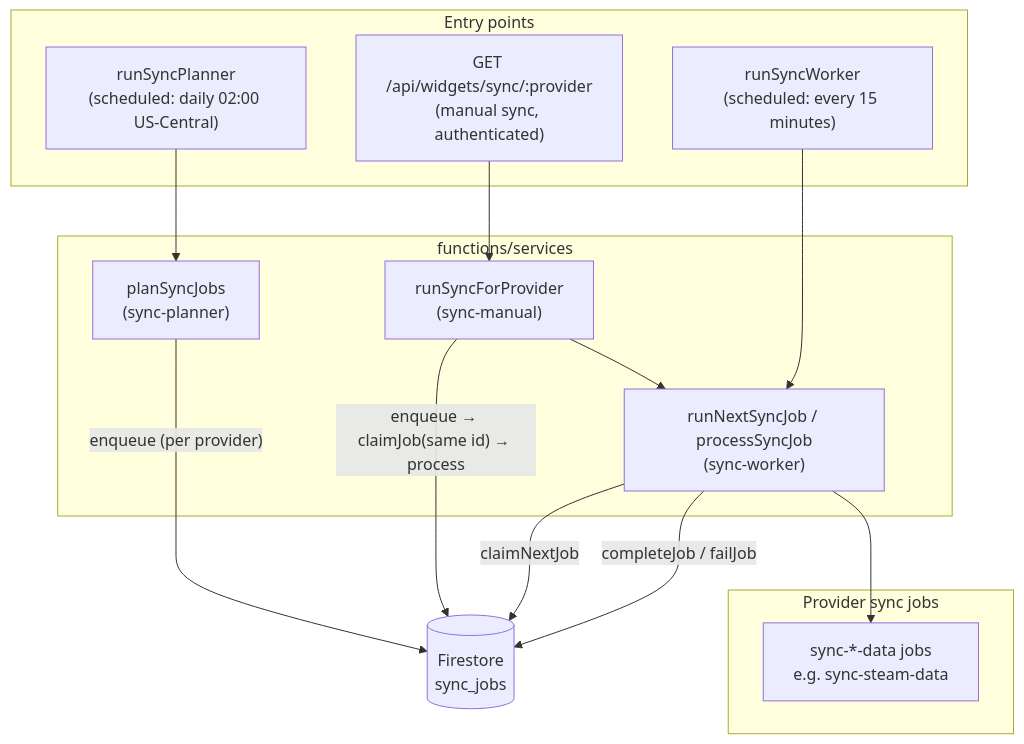
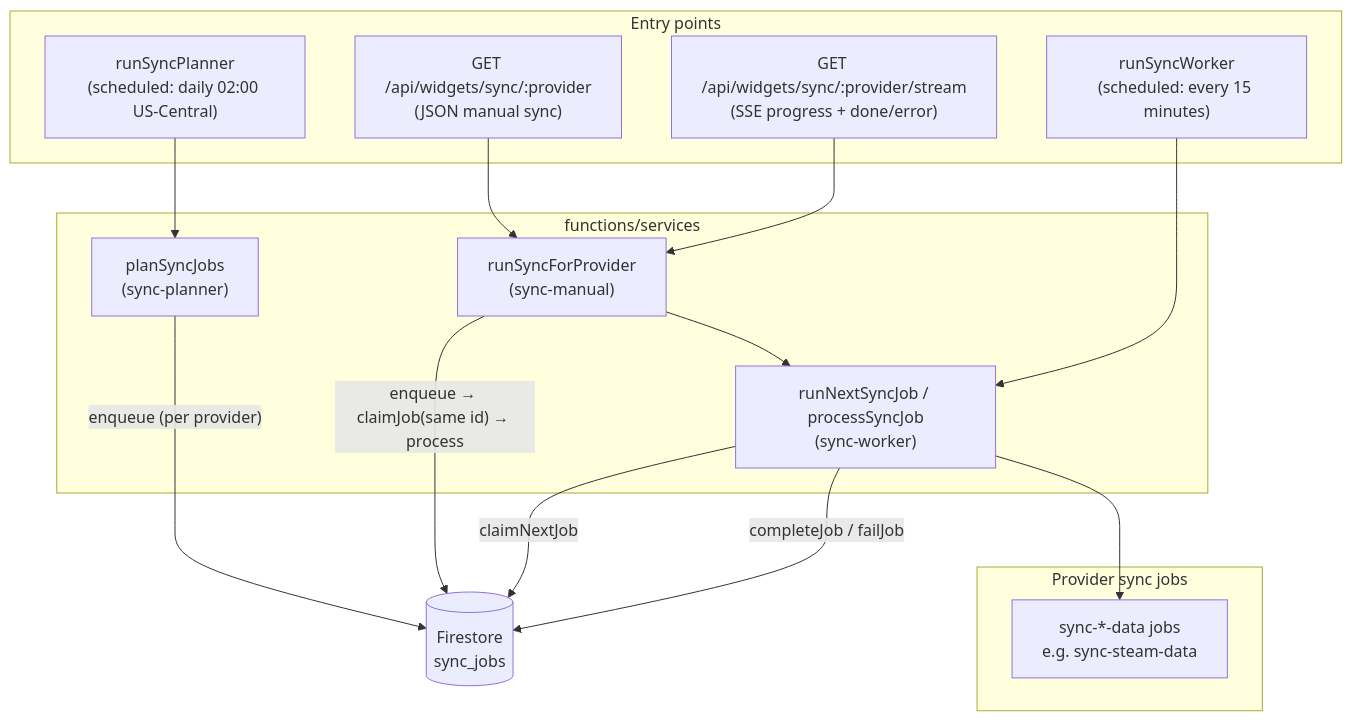
Before and after one commit to chrisvogt/metrics: the first of 2 diagrams in docs/SYNC_JOB_QUEUE.md, drawn with Mermaid. The commit also changed other lines of this file and 39 other files, not shown here.

First line of the commit message:
feat: manual sync SSE, schema & docs (hosting 0.5 / functions 0.25) (#194)

````diff
--- a/docs/SYNC_JOB_QUEUE.md
+++ b/docs/SYNC_JOB_QUEUE.md
@@ -11,31 +11,33 @@
 ```mermaid
 flowchart TB
   subgraph Entry["Entry points"]
     Planner["runSyncPlanner\n(scheduled: daily 02:00 US-Central)"]
-    Manual["GET /api/widgets/sync/:provider\n(manual sync, authenticated)"]
+    ManualJson["GET /api/widgets/sync/:provider\n(JSON manual sync)"]
+    ManualSse["GET /api/widgets/sync/:provider/stream\n(SSE progress + done/error)"]
     WorkerSched["runSyncWorker\n(scheduled: every 15 minutes)"]
   end
 
   subgraph Services["functions/services"]
     PlanSvc["planSyncJobs\n(sync-planner)"]
     ManualSvc["runSyncForProvider\n(sync-manual)"]
     WorkerSvc["runNextSyncJob / processSyncJob\n(sync-worker)"]
   end
 
   subgraph Jobs["Provider sync jobs"]
     J["sync-*-data jobs\ne.g. sync-steam-data"]
   end
 
   FS[("Firestore\nsync_jobs")]
 
   Planner --> PlanSvc
-  Manual --> ManualSvc
+  ManualJson --> ManualSvc
+  ManualSse --> ManualSvc
   WorkerSched --> WorkerSvc
 
   PlanSvc -->|"enqueue (per provider)"| FS
   ManualSvc -->|"enqueue → claimJob(same id) → process"| FS
   ManualSvc --> WorkerSvc
   WorkerSvc -->|"claimNextJob"| FS
   WorkerSvc -->|"completeJob / failJob"| FS
   WorkerSvc --> J
 ```
````
